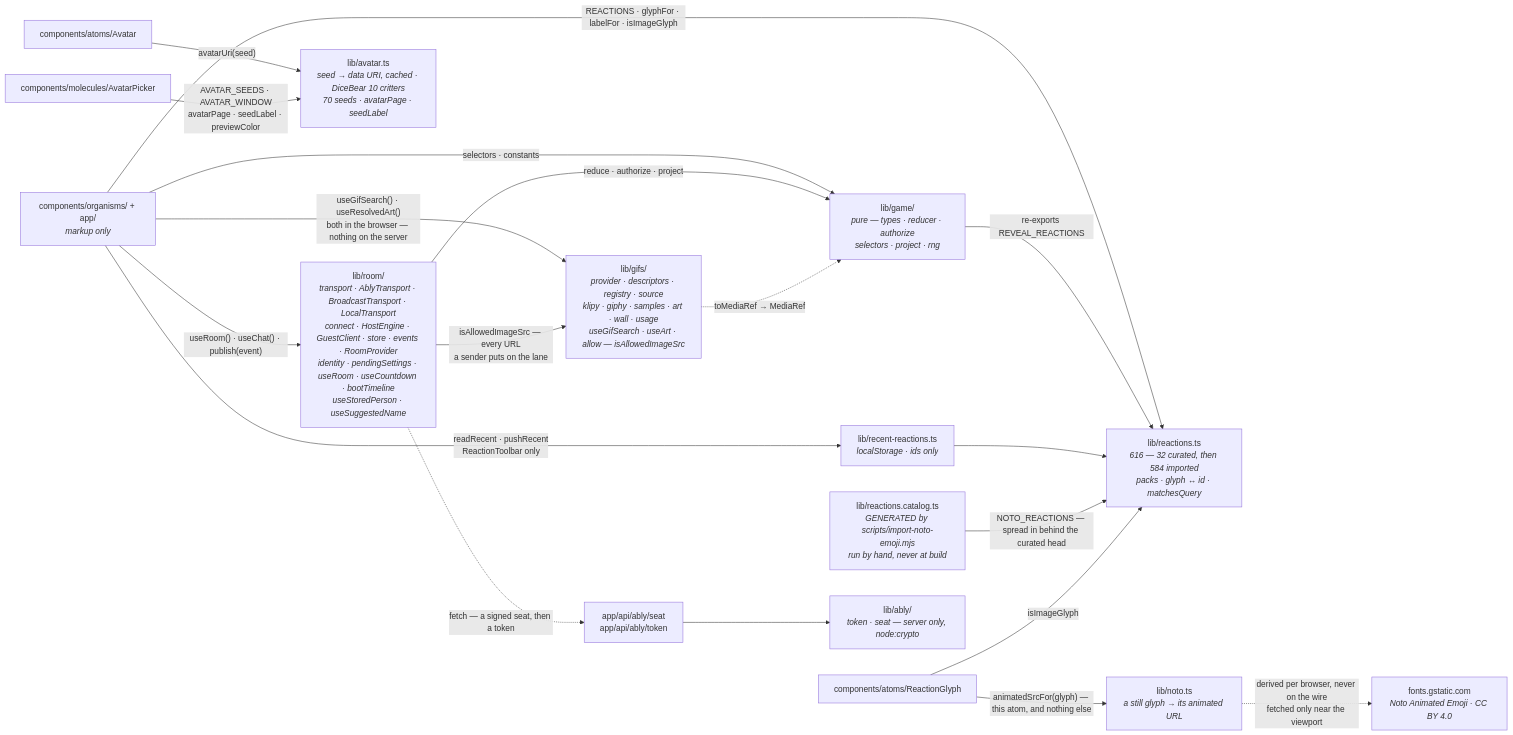
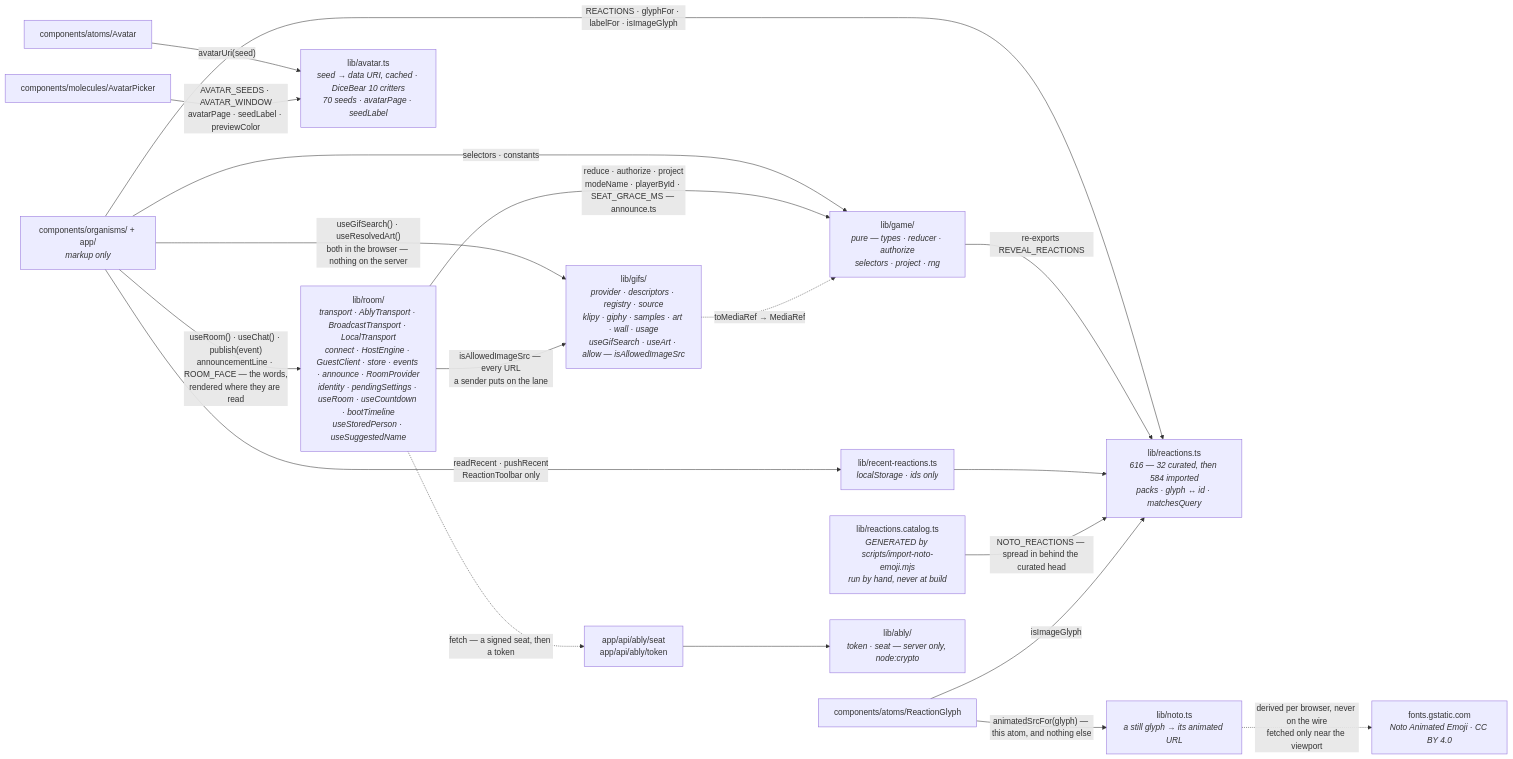
Before and after one commit to Jmeza081/captionist: the second of 12 diagrams in docs/architecture.md, drawn with Mermaid. The commit also changed other lines of this file and 55 other files, not shown here.

````diff
--- a/docs/architecture.md
+++ b/docs/architecture.md
@@ -808,36 +908,36 @@
 ```mermaid
 graph LR
   U["components/organisms/ + app/<br/><i>markup only</i>"]
-  R["lib/room/<br/><i>transport · AblyTransport · BroadcastTransport · LocalTransport<br/>connect · HostEngine · GuestClient · store · events · RoomProvider<br/>identity · pendingSettings · useRoom · useCountdown · bootTimeline<br/>useStoredPerson · useSuggestedName</i>"]
+  R["lib/room/<br/><i>transport · AblyTransport · BroadcastTransport · LocalTransport<br/>connect · HostEngine · GuestClient · store · events · announce · RoomProvider<br/>identity · pendingSettings · useRoom · useCountdown · bootTimeline<br/>useStoredPerson · useSuggestedName</i>"]
   G["lib/game/<br/><i>pure — types · reducer · authorize<br/>selectors · project · rng</i>"]
   F["lib/gifs/<br/><i>provider · descriptors · registry · source<br/>klipy · giphy · samples · art · wall · usage<br/>useGifSearch · useArt · allow — isAllowedImageSrc</i>"]
   AV["lib/avatar.ts<br/><i>seed → data URI, cached · DiceBear 10 critters<br/>70 seeds · avatarPage · seedLabel</i>"]
   RX["lib/reactions.ts<br/><i>616 — 32 curated, then 584 imported<br/>packs · glyph ↔ id · matchesQuery</i>"]
   CAT["lib/reactions.catalog.ts<br/><i>GENERATED by scripts/import-noto-emoji.mjs<br/>run by hand, never at build</i>"]
   NO["lib/noto.ts<br/><i>a still glyph → its animated URL</i>"]
   GST["fonts.gstatic.com<br/><i>Noto Animated Emoji · CC BY 4.0</i>"]
   RC["lib/recent-reactions.ts<br/><i>localStorage · ids only</i>"]
   AT["components/atoms/Avatar"]
   PK["components/molecules/AvatarPicker"]
   GL["components/atoms/ReactionGlyph"]
   TKR["app/api/ably/seat<br/>app/api/ably/token"]
   ABL["lib/ably/<br/><i>token · seat — server only, node:crypto</i>"]
-  U -->|"useRoom() · useChat() · publish(event)"| R
+  U -->|"useRoom() · useChat() · publish(event)<br/>announcementLine · ROOM_FACE — the words,<br/>rendered where they are read"| R
   U -->|"REACTIONS · glyphFor · labelFor · isImageGlyph"| RX
   U -->|"readRecent · pushRecent<br/>ReactionToolbar only"| RC
   U -->|"useGifSearch() · useResolvedArt()<br/>both in the browser — nothing on the server"| F
   U -->|"selectors · constants"| G
   AT -->|"avatarUri(seed)"| AV
   PK -->|"AVATAR_SEEDS · AVATAR_WINDOW<br/>avatarPage · seedLabel · previewColor"| AV
-  R -->|"reduce · authorize · project"| G
+  R -->|"reduce · authorize · project<br/>modeName · playerById · SEAT_GRACE_MS — announce.ts"| G
   R -->|"isAllowedImageSrc — every URL<br/>a sender puts on the lane"| F
   G -->|"re-exports REVEAL_REACTIONS"| RX
   RC --> RX
   CAT -->|"NOTO_REACTIONS — spread in behind the curated head"| RX
   GL -->|"isImageGlyph"| RX
   GL -->|"animatedSrcFor(glyph) — this atom, and nothing else"| NO
   NO -.->|"derived per browser, never on the wire<br/>fetched only near the viewport"| GST
   R -.->|"fetch — a signed seat, then a token"| TKR
   TKR --> ABL
   F -.->|"toMediaRef → MediaRef"| G
 ```
````
